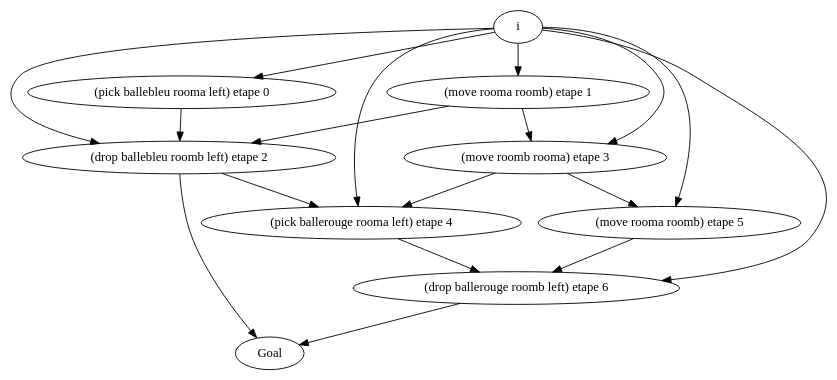
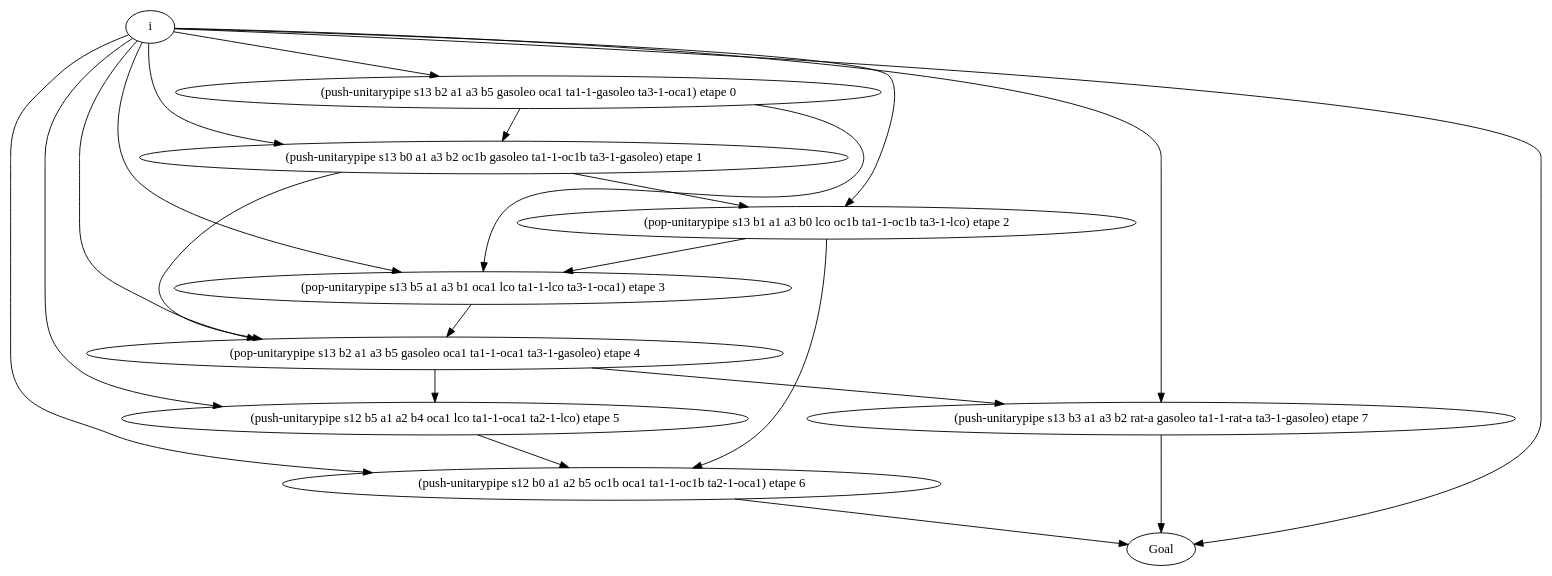
Before and after one commit to plaans/aries: the diagram in graphique.dot, drawn with Graphviz. The commit also changed 15 other files, not shown here.

```diff
--- a/graphique.dot
+++ b/graphique.dot
@@ -1,19 +1,23 @@
 digraph D { 
-"(pick ballebleu rooma left) etape 0" -> "(drop ballebleu roomb left) etape 2";
-"(move rooma roomb) etape 1" -> "(drop ballebleu roomb left) etape 2";
-"(move rooma roomb) etape 1" -> "(move roomb rooma) etape 3";
-"(drop ballebleu roomb left) etape 2" -> "(pick ballerouge rooma left) etape 4";
-"(drop ballebleu roomb left) etape 2" -> " Goal ";
-"(move roomb rooma) etape 3" -> "(pick ballerouge rooma left) etape 4";
-"(move roomb rooma) etape 3" -> "(move rooma roomb) etape 5";
-"(pick ballerouge rooma left) etape 4" -> "(drop ballerouge roomb left) etape 6";
-"(move rooma roomb) etape 5" -> "(drop ballerouge roomb left) etape 6";
-"(drop ballerouge roomb left) etape 6" -> " Goal ";
-" i " -> "(pick ballebleu rooma left) etape 0";
-" i " -> "(move rooma roomb) etape 1";
-" i " -> "(drop ballebleu roomb left) etape 2";
-" i " -> "(move roomb rooma) etape 3";
-" i " -> "(pick ballerouge rooma left) etape 4";
-" i " -> "(move rooma roomb) etape 5";
-" i " -> "(drop ballerouge roomb left) etape 6";
+"(push-unitarypipe s13 b2 a1 a3 b5 gasoleo oca1 ta1-1-gasoleo ta3-1-oca1) etape 0" -> "(push-unitarypipe s13 b0 a1 a3 b2 oc1b gasoleo ta1-1-oc1b ta3-1-gasoleo) etape 1";
+"(push-unitarypipe s13 b2 a1 a3 b5 gasoleo oca1 ta1-1-gasoleo ta3-1-oca1) etape 0" -> "(pop-unitarypipe s13 b5 a1 a3 b1 oca1 lco ta1-1-lco ta3-1-oca1) etape 3";
+"(push-unitarypipe s13 b0 a1 a3 b2 oc1b gasoleo ta1-1-oc1b ta3-1-gasoleo) etape 1" -> "(pop-unitarypipe s13 b1 a1 a3 b0 lco oc1b ta1-1-oc1b ta3-1-lco) etape 2";
+"(push-unitarypipe s13 b0 a1 a3 b2 oc1b gasoleo ta1-1-oc1b ta3-1-gasoleo) etape 1" -> "(pop-unitarypipe s13 b2 a1 a3 b5 gasoleo oca1 ta1-1-oca1 ta3-1-gasoleo) etape 4";
+"(pop-unitarypipe s13 b1 a1 a3 b0 lco oc1b ta1-1-oc1b ta3-1-lco) etape 2" -> "(pop-unitarypipe s13 b5 a1 a3 b1 oca1 lco ta1-1-lco ta3-1-oca1) etape 3";
+"(pop-unitarypipe s13 b1 a1 a3 b0 lco oc1b ta1-1-oc1b ta3-1-lco) etape 2" -> "(push-unitarypipe s12 b0 a1 a2 b5 oc1b oca1 ta1-1-oc1b ta2-1-oca1) etape 6";
+"(pop-unitarypipe s13 b5 a1 a3 b1 oca1 lco ta1-1-lco ta3-1-oca1) etape 3" -> "(pop-unitarypipe s13 b2 a1 a3 b5 gasoleo oca1 ta1-1-oca1 ta3-1-gasoleo) etape 4";
+"(pop-unitarypipe s13 b2 a1 a3 b5 gasoleo oca1 ta1-1-oca1 ta3-1-gasoleo) etape 4" -> "(push-unitarypipe s12 b5 a1 a2 b4 oca1 lco ta1-1-oca1 ta2-1-lco) etape 5";
+"(pop-unitarypipe s13 b2 a1 a3 b5 gasoleo oca1 ta1-1-oca1 ta3-1-gasoleo) etape 4" -> "(push-unitarypipe s13 b3 a1 a3 b2 rat-a gasoleo ta1-1-rat-a ta3-1-gasoleo) etape 7";
+"(push-unitarypipe s12 b5 a1 a2 b4 oca1 lco ta1-1-oca1 ta2-1-lco) etape 5" -> "(push-unitarypipe s12 b0 a1 a2 b5 oc1b oca1 ta1-1-oc1b ta2-1-oca1) etape 6";
+"(push-unitarypipe s12 b0 a1 a2 b5 oc1b oca1 ta1-1-oc1b ta2-1-oca1) etape 6" -> " Goal ";
+"(push-unitarypipe s13 b3 a1 a3 b2 rat-a gasoleo ta1-1-rat-a ta3-1-gasoleo) etape 7" -> " Goal ";
+" i " -> "(push-unitarypipe s13 b2 a1 a3 b5 gasoleo oca1 ta1-1-gasoleo ta3-1-oca1) etape 0";
+" i " -> "(push-unitarypipe s13 b0 a1 a3 b2 oc1b gasoleo ta1-1-oc1b ta3-1-gasoleo) etape 1";
+" i " -> "(pop-unitarypipe s13 b1 a1 a3 b0 lco oc1b ta1-1-oc1b ta3-1-lco) etape 2";
+" i " -> "(pop-unitarypipe s13 b5 a1 a3 b1 oca1 lco ta1-1-lco ta3-1-oca1) etape 3";
+" i " -> "(pop-unitarypipe s13 b2 a1 a3 b5 gasoleo oca1 ta1-1-oca1 ta3-1-gasoleo) etape 4";
+" i " -> "(push-unitarypipe s12 b5 a1 a2 b4 oca1 lco ta1-1-oca1 ta2-1-lco) etape 5";
+" i " -> "(push-unitarypipe s12 b0 a1 a2 b5 oc1b oca1 ta1-1-oc1b ta2-1-oca1) etape 6";
+" i " -> "(push-unitarypipe s13 b3 a1 a3 b2 rat-a gasoleo ta1-1-rat-a ta3-1-gasoleo) etape 7";
+" i " -> " Goal ";
 } 
```
